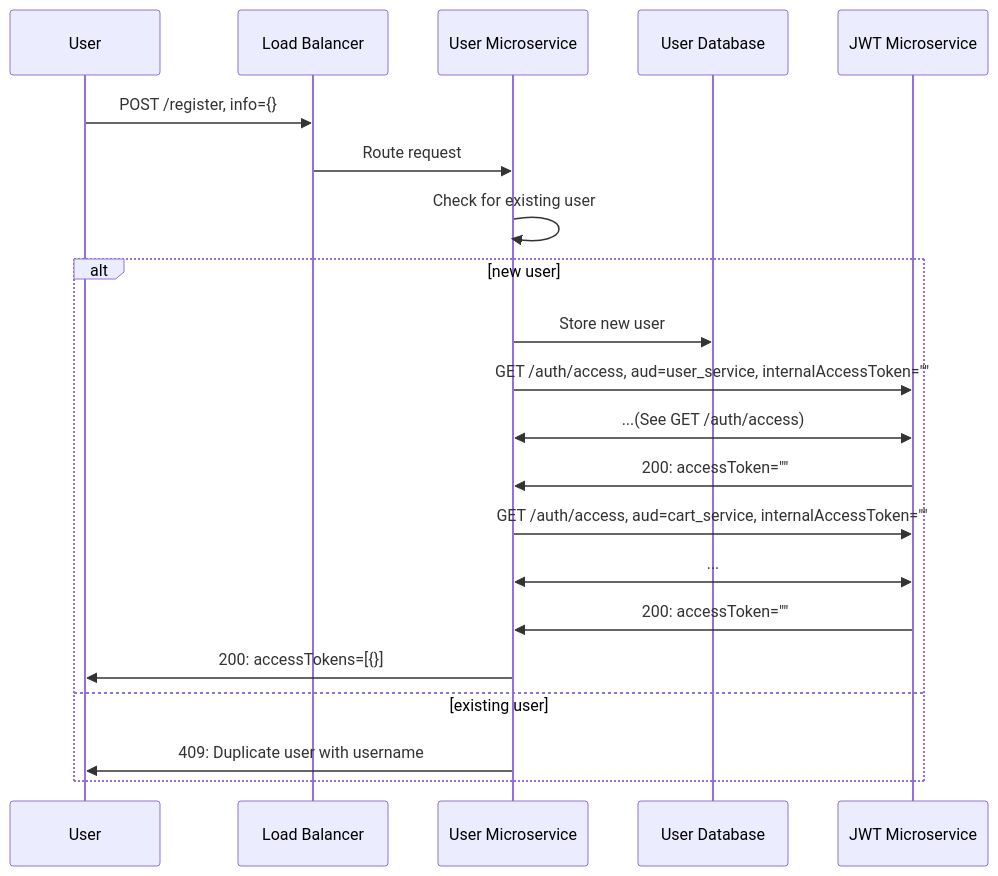
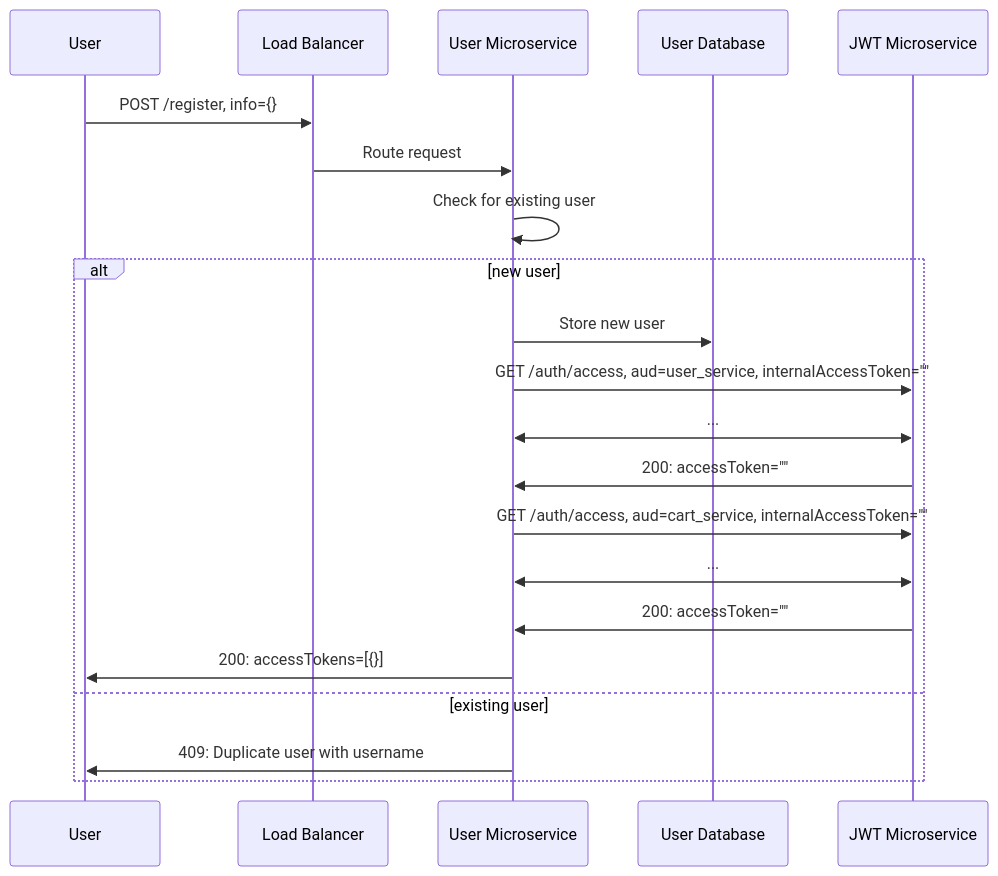
The third of 3 diagrams in README.md (Call911plz/E-Commerce), drawn with Mermaid before and after one commit. The commit also changed 71 other files, not shown here.

````diff
--- a/README.md
+++ b/README.md
@@ -75,24 +75,24 @@
 ```mermaid
 sequenceDiagram
 	participant U as User
 	participant LB as Load Balancer
 	participant UM as User Microservice
 	participant UDB as User Database
 	participant JWT as JWT Microservice
 	
 	U ->> LB: POST /register, info={}
 	LB ->> UM: Route request
 	UM ->> UM: Check for existing user
 	alt new user
 		UM ->> UDB: Store new user
 		UM ->> JWT: GET /auth/access, aud=user_service, internalAccessToken=""
-		JWT <<->> UM: ...(See GET /auth/access)
+		JWT <<->> UM: ...
 		JWT ->> UM: 200: accessToken=""
 		UM ->> JWT: GET /auth/access, aud=cart_service, internalAccessToken=""
 		JWT <<->> UM: ...
 		JWT ->> UM: 200: accessToken=""
 		UM ->> U: 200: accessTokens=[{}]
 	else existing user
 		UM ->> U: 409: Duplicate user with username
 	end
 ```
````
